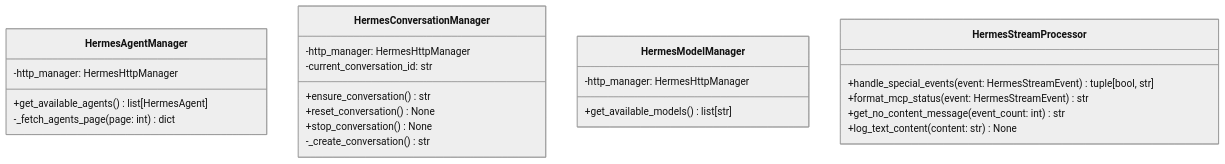
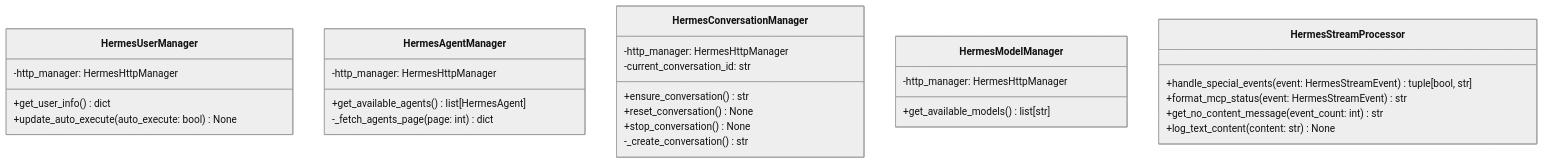
One commit to HongyuS/euler-copilot-shell changed the eighth of 8 diagrams in docs/development/后端适配模块设计.md. Above: the diagram before and after it, drawn with Mermaid (neutral theme). The commit also changed other lines of this file and 3 other files, not shown here.

````diff
--- a/docs/development/后端适配模块设计.md
+++ b/docs/development/后端适配模块设计.md
@@ -271,29 +278,35 @@
 ```mermaid
 classDiagram
+    class HermesUserManager {
+        -http_manager: HermesHttpManager
+        +get_user_info() dict
+        +update_auto_execute(auto_execute: bool) None
+    }
+    
     class HermesAgentManager {
         -http_manager: HermesHttpManager
         +get_available_agents() list[HermesAgent]
         -_fetch_agents_page(page: int) dict
     }
     
     class HermesConversationManager {
         -http_manager: HermesHttpManager
         -current_conversation_id: str
         +ensure_conversation() str
         +reset_conversation() None
         +stop_conversation() None
         -_create_conversation() str
     }
     
     class HermesModelManager {
         -http_manager: HermesHttpManager
         +get_available_models() list[str]
     }
     
     class HermesStreamProcessor {
         +handle_special_events(event: HermesStreamEvent) tuple[bool, str]
         +format_mcp_status(event: HermesStreamEvent) str
         +get_no_content_message(event_count: int) str
         +log_text_content(content: str) None
     }
 ```
````
